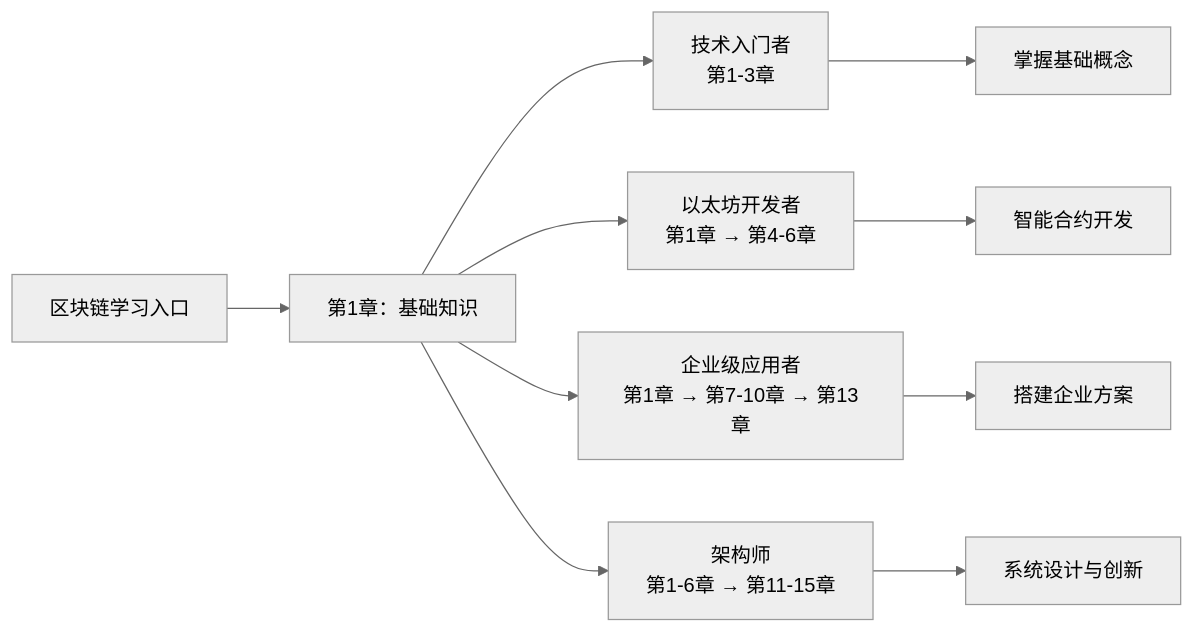
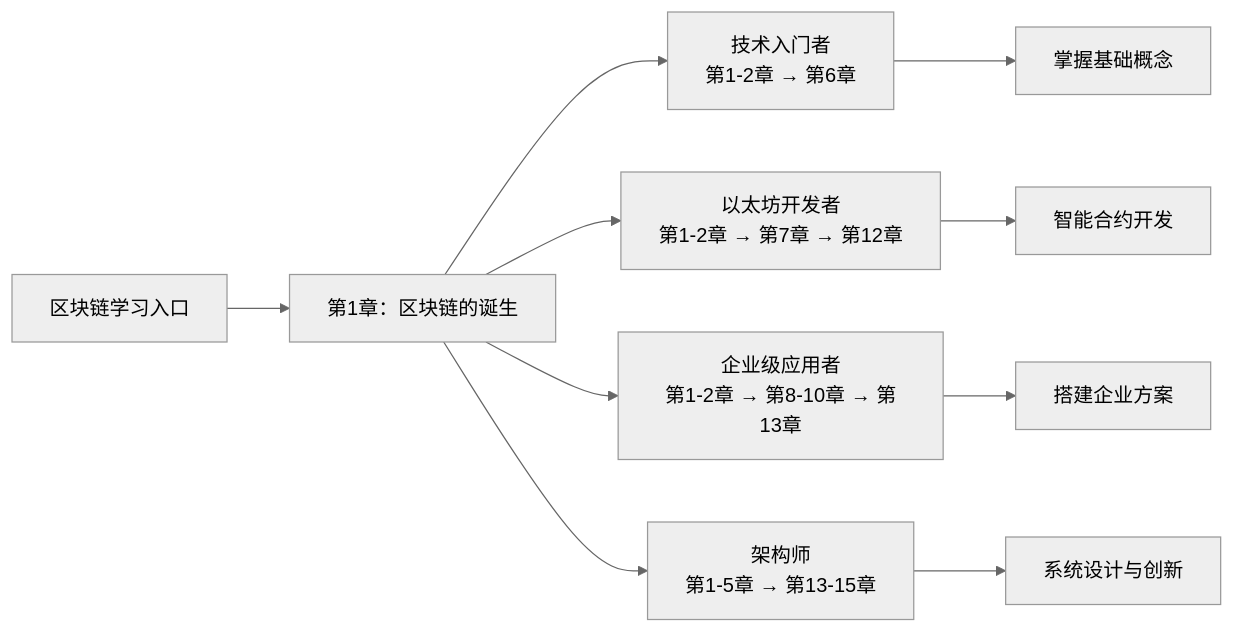
Before and after one commit to yeasy/blockchain_guide: the diagram in README.md, drawn with Mermaid (neutral theme). The commit also changed other lines of this file and 2 other files, not shown here.

Commit message:
Align README roadmap

````diff
--- a/README.md
+++ b/README.md
@@ -25,14 +25,14 @@
 ```mermaid
 graph LR
-    Start[区块链学习入口] --> Ch1[第1章：基础知识]
+    Start[区块链学习入口] --> Ch1[第1章：区块链的诞生]
 
-    Ch1 --> Role1["技术入门者<br/>第1-3章"]
-    Ch1 --> Role2["以太坊开发者<br/>第1章 → 第4-6章"]
-    Ch1 --> Role3["企业级应用者<br/>第1章 → 第7-10章 → 第13章"]
-    Ch1 --> Role4["架构师<br/>第1-6章 → 第11-15章"]
+    Ch1 --> Role1["技术入门者<br/>第1-2章 → 第6章"]
+    Ch1 --> Role2["以太坊开发者<br/>第1-2章 → 第7章 → 第12章"]
+    Ch1 --> Role3["企业级应用者<br/>第1-2章 → 第8-10章 → 第13章"]
+    Ch1 --> Role4["架构师<br/>第1-5章 → 第13-15章"]
 
     Role1 --> End1["掌握基础概念"]
     Role2 --> End2["智能合约开发"]
     Role3 --> End3["搭建企业方案"]
     Role4 --> End4["系统设计与创新"]
 ```
````
